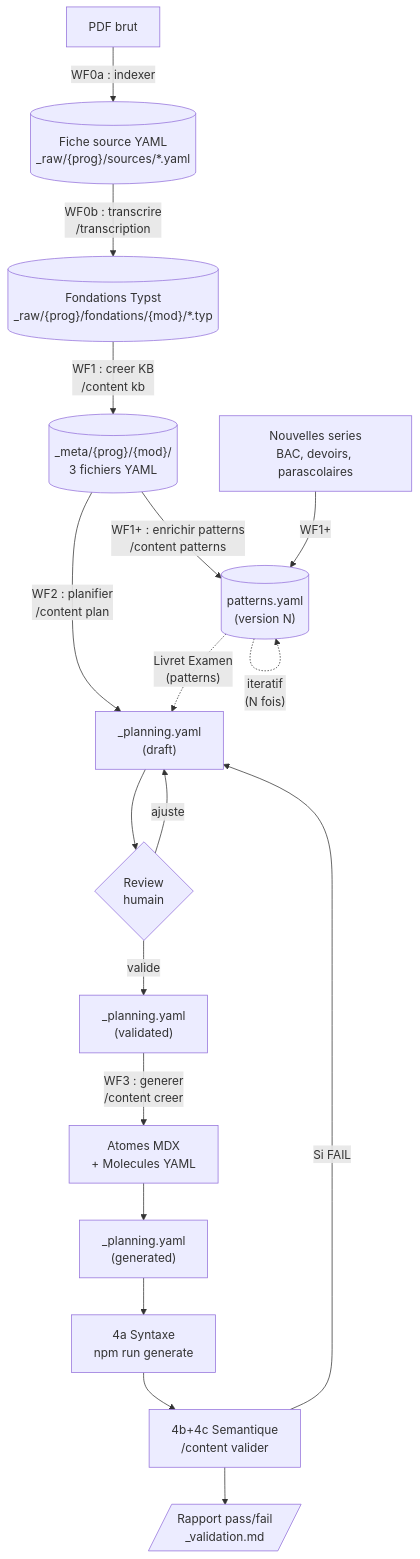
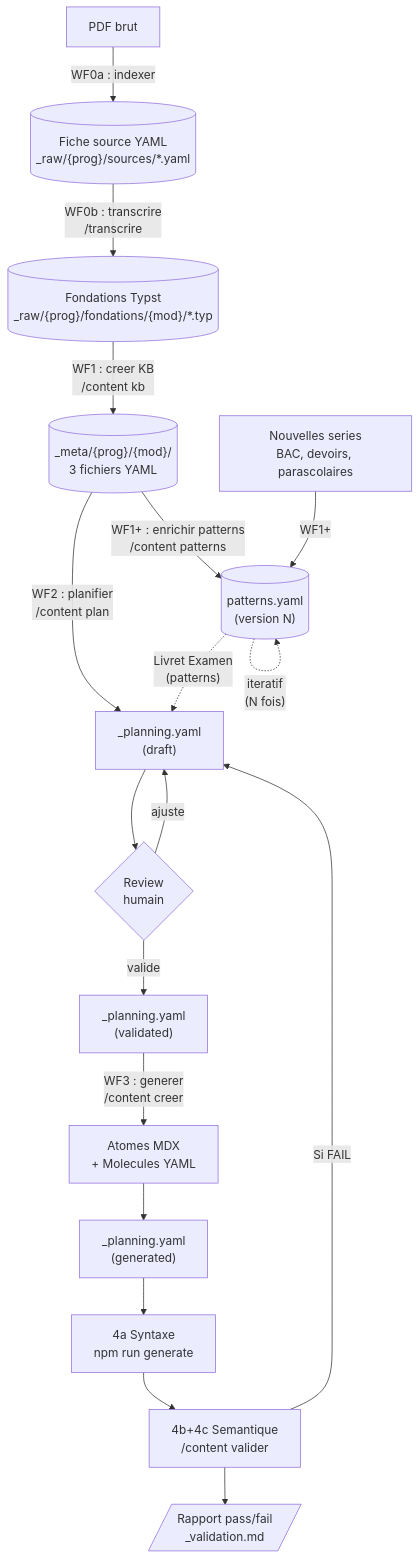
Before and after one commit to bilalYezzaGit/learning-web: the first of 8 diagrams in docs/content-agentic-workflow.md, drawn with Mermaid. The commit also changed other lines of this file and 8 other files, not shown here.

First line of the commit message:
Separer /transcription en /index + /transcrire (deux skills distincts)

````diff
--- a/docs/content-agentic-workflow.md
+++ b/docs/content-agentic-workflow.md
@@ -90,20 +91,20 @@
 ```mermaid
 flowchart TD
     PDF["PDF brut"] -->|"WF0a : indexer"| Fiche[("Fiche source YAML\n_raw/{prog}/sources/*.yaml")]
-    Fiche -->|"WF0b : transcrire\n/transcription"| Typst[("Fondations Typst\n_raw/{prog}/fondations/{mod}/*.typ")]
+    Fiche -->|"WF0b : transcrire\n/transcrire"| Typst[("Fondations Typst\n_raw/{prog}/fondations/{mod}/*.typ")]
     Typst -->|"WF1 : creer KB\n/content kb"| Meta[("_meta/{prog}/{mod}/\n3 fichiers YAML")]
     Meta -->|"WF1+ : enrichir patterns\n/content patterns"| Patterns[("patterns.yaml\n(version N)")]
     Series["Nouvelles series\nBAC, devoirs, parascolaires"] -->|"WF1+"| Patterns
     Patterns -.->|"iteratif\n(N fois)"| Patterns
     Meta -->|"WF2 : planifier\n/content plan"| Plan["_planning.yaml\n(draft)"]
     Patterns -.->|"Livret Examen\n(patterns)"| Plan
     Plan --> Review{"Review\nhumain"}
     Review -->|"ajuste"| Plan
     Review -->|"valide"| PlanV["_planning.yaml\n(validated)"]
     PlanV -->|"WF3 : generer\n/content creer"| Contenu["Atomes MDX\n+ Molecules YAML"]
     Contenu --> PlanG["_planning.yaml\n(generated)"]
     PlanG --> V4a["4a Syntaxe\nnpm run generate"]
     V4a --> V4bc["4b+4c Semantique\n/content valider"]
     V4bc --> Rapport[/"Rapport pass/fail\n_validation.md"/]
     V4bc -->|"Si FAIL"| Plan
 ```
````
